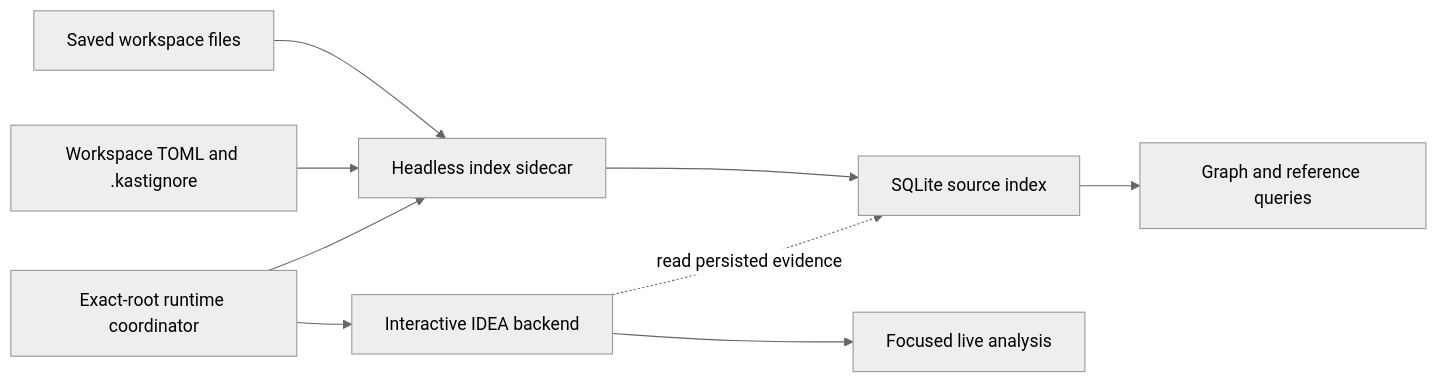
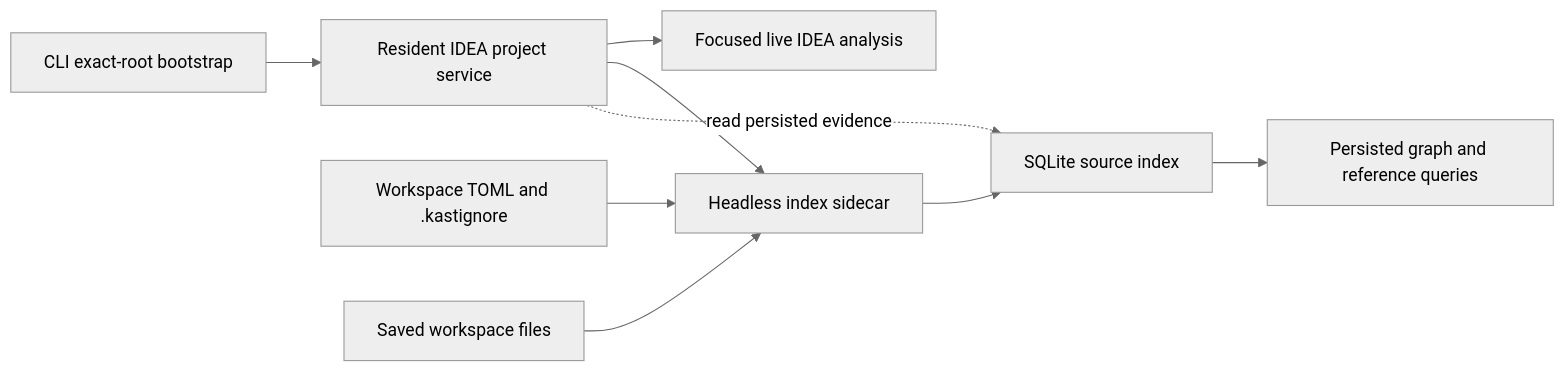
Before and after one commit to amichne/kast: the diagram in docs/internal/idea-integration/headless-indexing-resilience.md, drawn with Mermaid (neutral theme). The commit also changed other lines of this file, not shown here.

Commit message:
docs: define managed sidecar runtime contracts

````diff
--- a/docs/internal/idea-integration/headless-indexing-resilience.md
+++ b/docs/internal/idea-integration/headless-indexing-resilience.md
@@ -97,11 +104,11 @@
 ```mermaid
 flowchart LR
-    coordinator["Exact-root runtime coordinator"] --> idea["Interactive IDEA backend"]
-    coordinator --> headless["Headless index sidecar"]
+    bootstrap["CLI exact-root bootstrap"] --> supervisor["Resident IDEA project service"]
+    supervisor --> live["Focused live IDEA analysis"]
+    supervisor --> headless["Headless index sidecar"]
     config["Workspace TOML and .kastignore"] --> headless
     disk["Saved workspace files"] --> headless
     headless --> store["SQLite source index"]
-    idea --> live["Focused live analysis"]
-    store --> queries["Graph and reference queries"]
-    idea -. "read persisted evidence" .-> store
+    store --> queries["Persisted graph and reference queries"]
+    supervisor -. "read persisted evidence" .-> store
 ```
````
